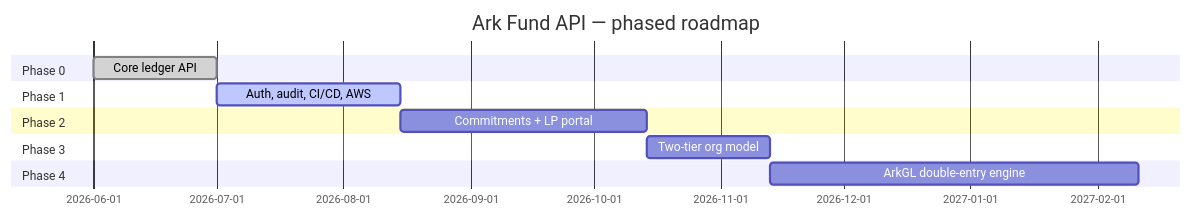
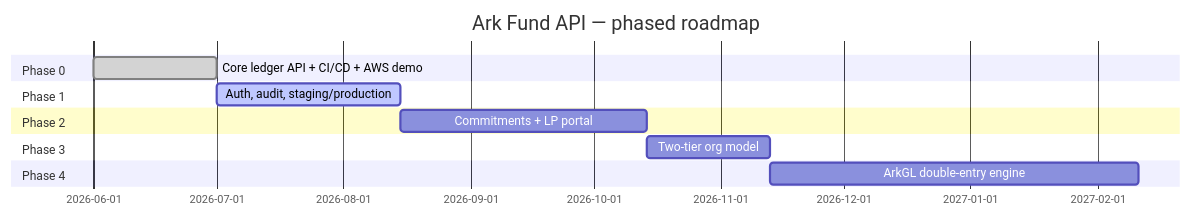
The diagram in docs/04-Implementation-Plan.md (choudhuryrajesh-lgtm/ark-fund-api), drawn with Mermaid before and after one commit. The commit also changed other lines of this file and 7 other files, not shown here.

````diff
--- a/docs/04-Implementation-Plan.md
+++ b/docs/04-Implementation-Plan.md
@@ -87,15 +97,15 @@
 ```mermaid
 gantt
     dateFormat  YYYY-MM-DD
     title Ark Fund API — phased roadmap
     section Phase 0
-    Core ledger API           :done, p0, 2026-06-01, 30d
+    Core ledger API + CI/CD + AWS demo :done, p0, 2026-06-01, 30d
     section Phase 1
-    Auth, audit, CI/CD, AWS   :active, p1, after p0, 45d
+    Auth, audit, staging/production    :active, p1, after p0, 45d
     section Phase 2
     Commitments + LP portal   :p2, after p1, 60d
     section Phase 3
     Two-tier org model        :p3, after p2, 30d
     section Phase 4
     ArkGL double-entry engine :p4, after p3, 90d
 ```
````
